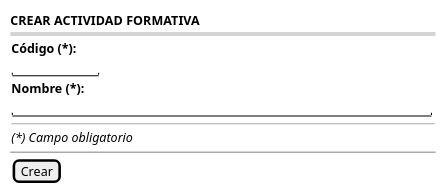
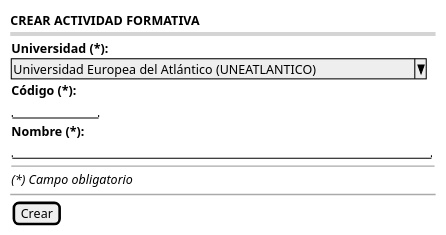
Before and after one commit to mmasias/pyCeldaPublico: the diagram in RUP/01-requisitos/03-detalle-casos-uso/crearActividadFormativa/wireframes.puml, drawn with PlantUML. The commit also changed 184 other files, not shown here.

```diff
--- a/RUP/01-requisitos/03-detalle-casos-uso/crearActividadFormativa/wireframes.puml
+++ b/RUP/01-requisitos/03-detalle-casos-uso/crearActividadFormativa/wireframes.puml
@@ -1,16 +1,18 @@
 @startsalt crearActividadFormativa-wireframe
 {
     <b>CREAR ACTIVIDAD FORMATIVA</b>
     ====
     {
+        <b>Universidad (*):</b>
+        ^Universidad Europea del Atlántico (UNEATLANTICO)^
         <b>Código (*):</b>
         "          "
         <b>Nombre (*):</b>
         "                                                  "
         --
         <i>(*) Campo obligatorio</i>
     }
     ~~
     {[Crear]}
 }
 @endsalt
```
